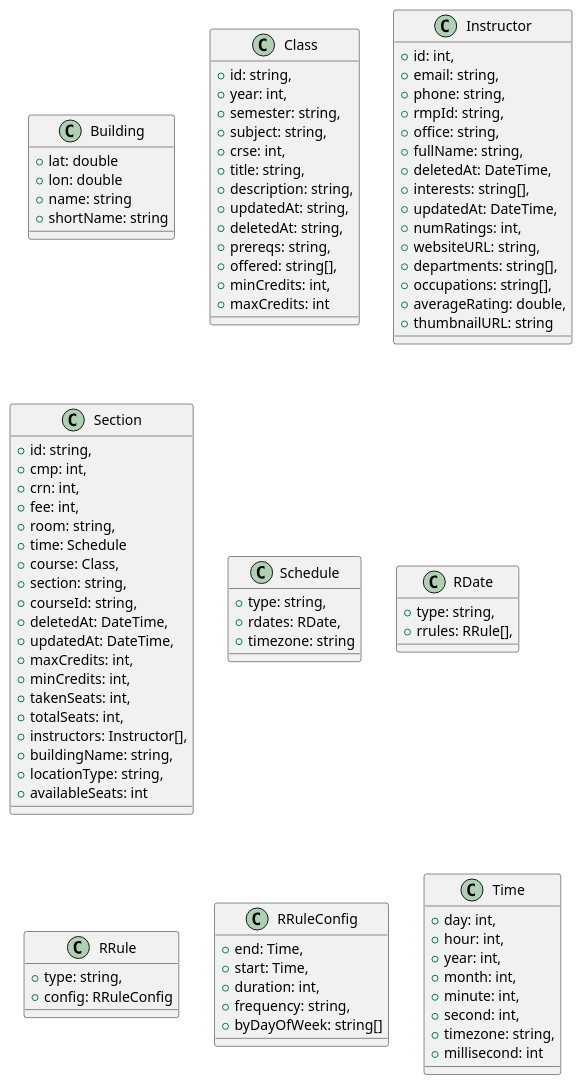
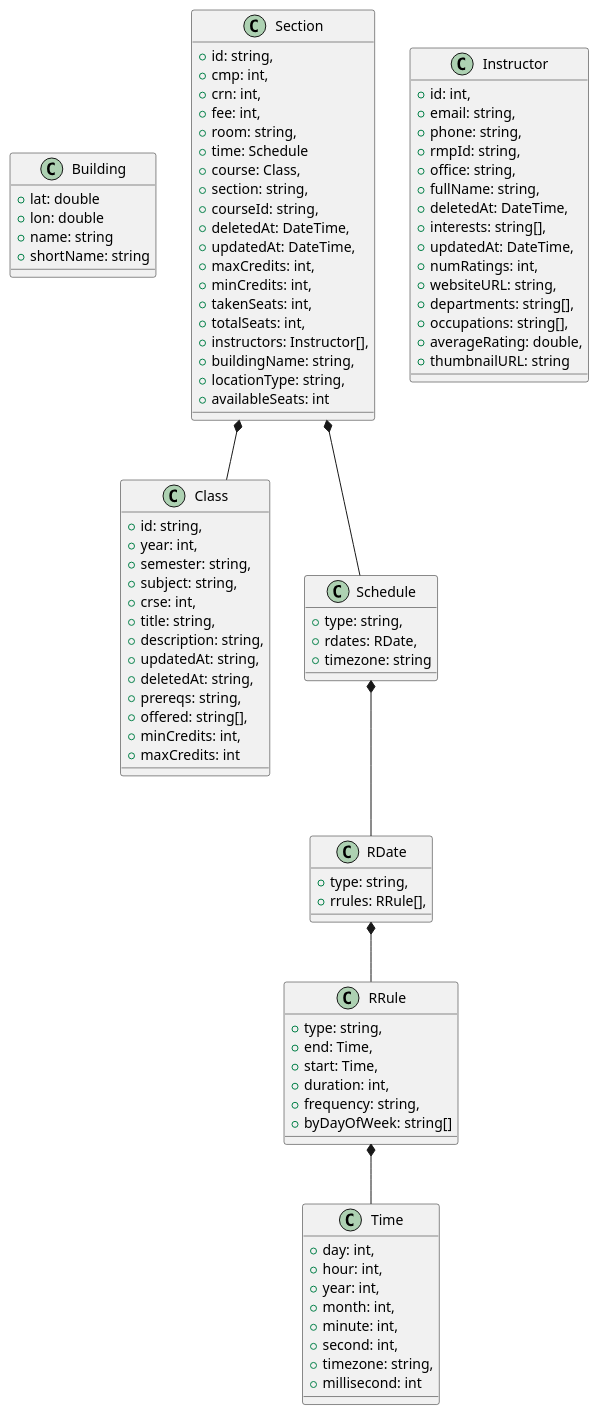
One commit to nick-elpedes/tsp7-mtu-courses-bot changed the diagram in UML/class-diagram.plantuml. Above: the diagram before and after it, drawn with PlantUML.

Commit message:
Class UML Inheritance

```diff
--- a/UML/class-diagram.plantuml
+++ b/UML/class-diagram.plantuml
@@ -1,92 +1,94 @@
 @startuml
 Class Building {
   + lat: double
   + lon: double
   + name: string
   + shortName: string
 }
 Class Class {
   + id: string,
   + year: int,
   + semester: string,
   + subject: string,
   + crse: int,
   + title: string,
   + description: string,
   + updatedAt: string,
   + deletedAt: string,
   + prereqs: string,
   + offered: string[],
   + minCredits: int,
   + maxCredits: int
 }
 Class Instructor {
   + id: int,
   + email: string,
   + phone: string,
   + rmpId: string,
   + office: string,
   + fullName: string,
   + deletedAt: DateTime,
   + interests: string[],
   + updatedAt: DateTime,
   + numRatings: int,
   + websiteURL: string,
   + departments: string[],
   + occupations: string[],
   + averageRating: double,
   + thumbnailURL: string
 }
 Class Section {
   + id: string,
   + cmp: int,
   + crn: int,
   + fee: int,
   + room: string,
   + time: Schedule
   + course: Class,
   + section: string,
   + courseId: string,
   + deletedAt: DateTime,
   + updatedAt: DateTime,
   + maxCredits: int,
   + minCredits: int,
   + takenSeats: int,
   + totalSeats: int,
   + instructors: Instructor[],
   + buildingName: string,
   + locationType: string,
   + availableSeats: int
 
 }
 Class Schedule {
   + type: string,
   + rdates: RDate,
   + timezone: string
 }
 Class RDate {
   + type: string,
   + rrules: RRule[],
 }
 Class RRule {
   + type: string,
-  + config: RRuleConfig
-}
-Class RRuleConfig {
   + end: Time,
   + start: Time,
   + duration: int,
   + frequency: string,
   + byDayOfWeek: string[]
 }
 Class Time {
   + day: int,
   + hour: int,
   + year: int,
   + month: int,
   + minute: int,
   + second: int,
   + timezone: string,
   + millisecond: int
 }
+Section *-- Class
+Section *-- Schedule
+Schedule *-- RDate
+RDate *-- RRule
+RRule *-- Time
 @enduml
```
